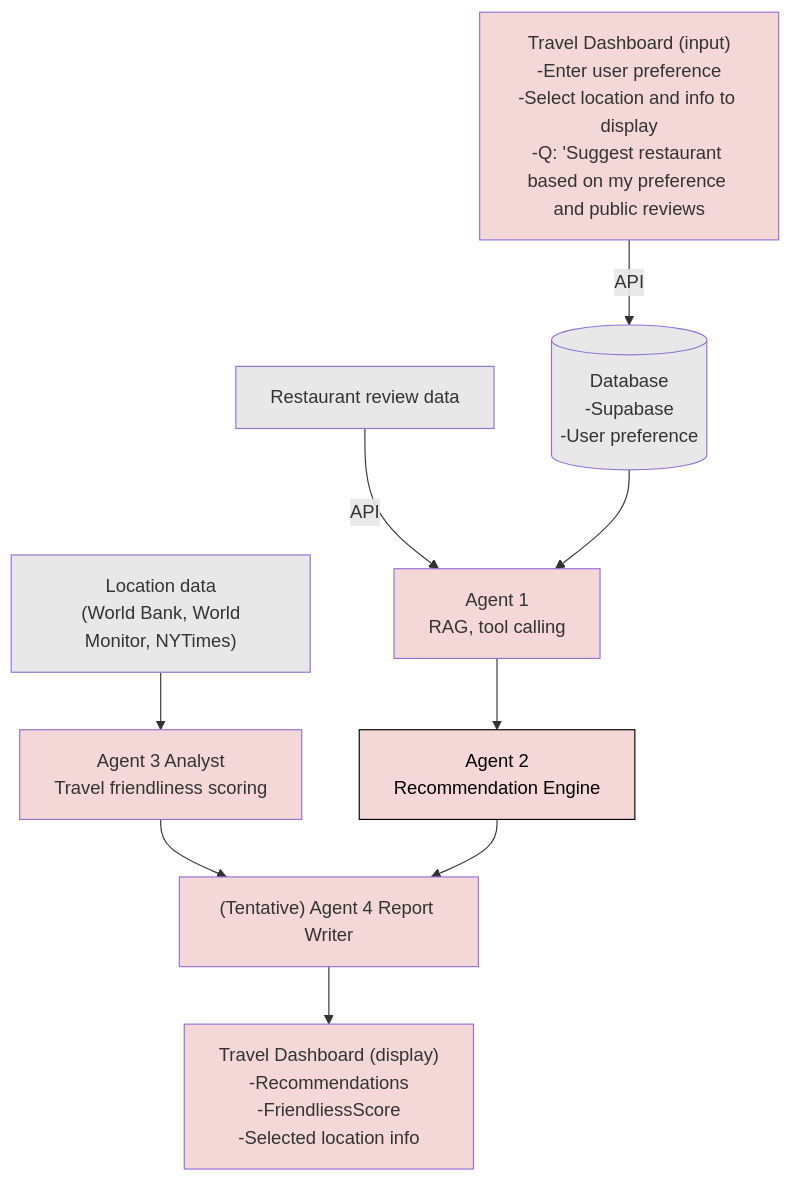
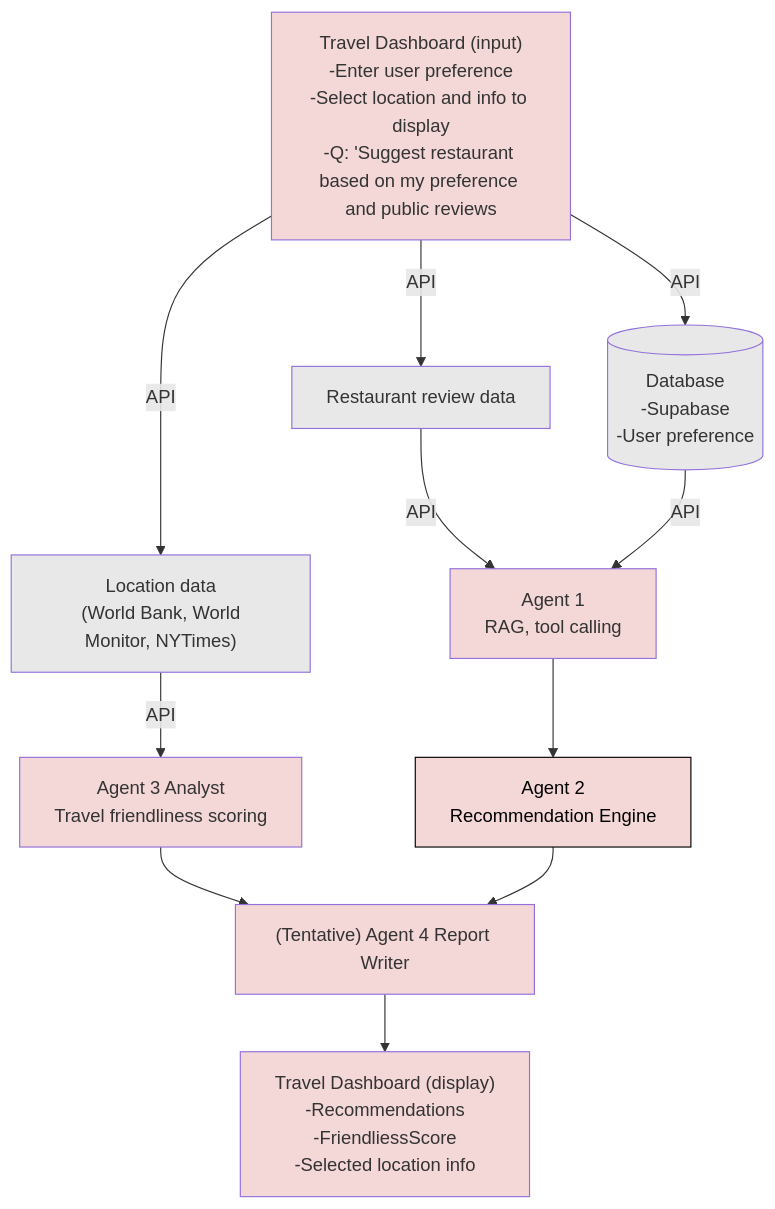
Before and after one commit to JanHsuanChu/TravelDashboard: the diagram in docs/architecture.md, drawn with Mermaid.

Commit message:
docs: update architecture diagram edges
Made-with: Cursor

````diff
--- a/docs/architecture.md
+++ b/docs/architecture.md
@@ -5,31 +5,33 @@
 ```mermaid
 ---
 config:
   layout: dagre
 ---
 flowchart TB
     Dashboard@{ label: "Travel Dashboard (input)<br>-Enter user preference<br>-Select location and info to display<br>-Q: 'Suggest restaurant based on my preference and public reviews" } -- API --> Database[("Database<br>-Supabase<br>-User preference")]
     Agent2["Agent 3 Analyst<br>Travel friendliness scoring"] --> Agent3["(Tentative) Agent 4 Report Writer"]
     Agent1["Agent 1<br> RAG, tool calling"] --> n1["Agent 2<br> Recommendation Engine"]
     Agent3 --> SummaryReport["Travel Dashboard (display)<br>-Recommendations<br>-FriendliessScore<br>-Selected location info"]
     n2["Restaurant review data"] -- API --> Agent1
-    Database --> Agent1
-    n3["Location data<br> (World Bank, World Monitor, NYTimes)"] --> Agent2
+    Database -- API --> Agent1
+    n3["Location data<br> (World Bank, World Monitor, NYTimes)"] -- API --> Agent2
     n1 --> Agent3
+    Dashboard -- API --> n3
+    Dashboard -- API --> n2
 
     Dashboard@{ shape: rect}
     Agent2@{ shape: rect}
     n2@{ shape: rect}
     n3@{ shape: rect}
      n1:::Rose
     classDef Rose stroke-width:1px, stroke-dasharray:none, stroke:#FF5978, fill:#FFDFE5, color:#8E2236
     style Dashboard fill:#f4d7d7
     style Database fill:#e8e8e8
     style Agent2 fill:#f4d7d7
     style Agent3 fill:#f4d7d7
     style Agent1 fill:#f4d7d7
     style n1 stroke:#000000,color:#000000,fill:#f4d7d7
     style SummaryReport fill:#f4d7d7
     style n2 fill:#e8e8e8
     style n3 fill:#e8e8e8
 ```
````
